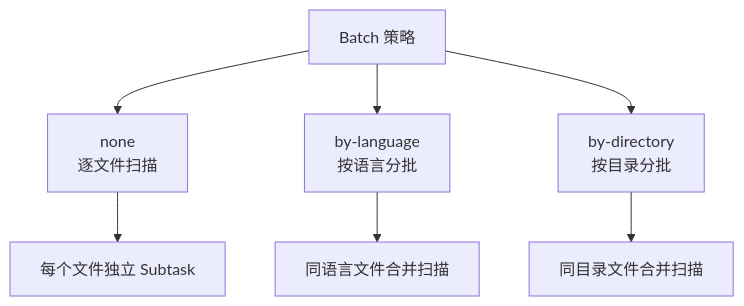
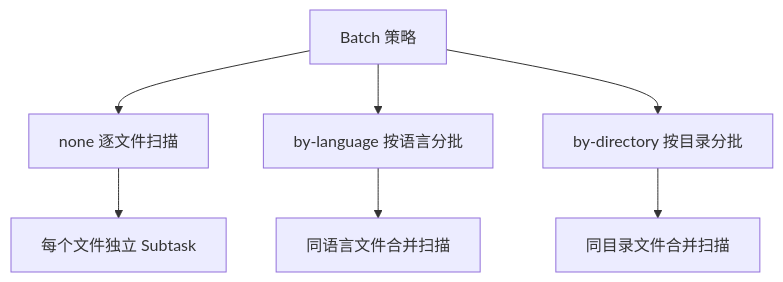
Before and after one commit to awesome-flexloop/awesome-okf: the tenth of 12 diagrams in doc/bundles/jishu/ai/products/open-code-review/concepts/01-architecture.md, drawn with Mermaid. The commit also changed other lines of this file and 10 other files, not shown here.

First line of the commit message:
docs(bundle): 清偿 Open Code Review 存量 Mermaid 违规避免规范漂移累积

````diff
--- a/doc/bundles/jishu/ai/products/open-code-review/concepts/01-architecture.md
+++ b/doc/bundles/jishu/ai/products/open-code-review/concepts/01-architecture.md
@@ -728,11 +714,10 @@
 ```mermaid
 graph TD
     Batch["Batch 策略"]
-    Batch --> N["none<br/>逐文件扫描"]
-    Batch --> L["by-language<br/>按语言分批"]
-    Batch --> D["by-directory<br/>按目录分批"]
-
+    Batch --> N["none 逐文件扫描"]
+    Batch --> L["by-language 按语言分批"]
+    Batch --> D["by-directory 按目录分批"]
     N --> N1["每个文件独立 Subtask"]
     L --> L1["同语言文件合并扫描"]
     D --> D1["同目录文件合并扫描"]
 ```
````
